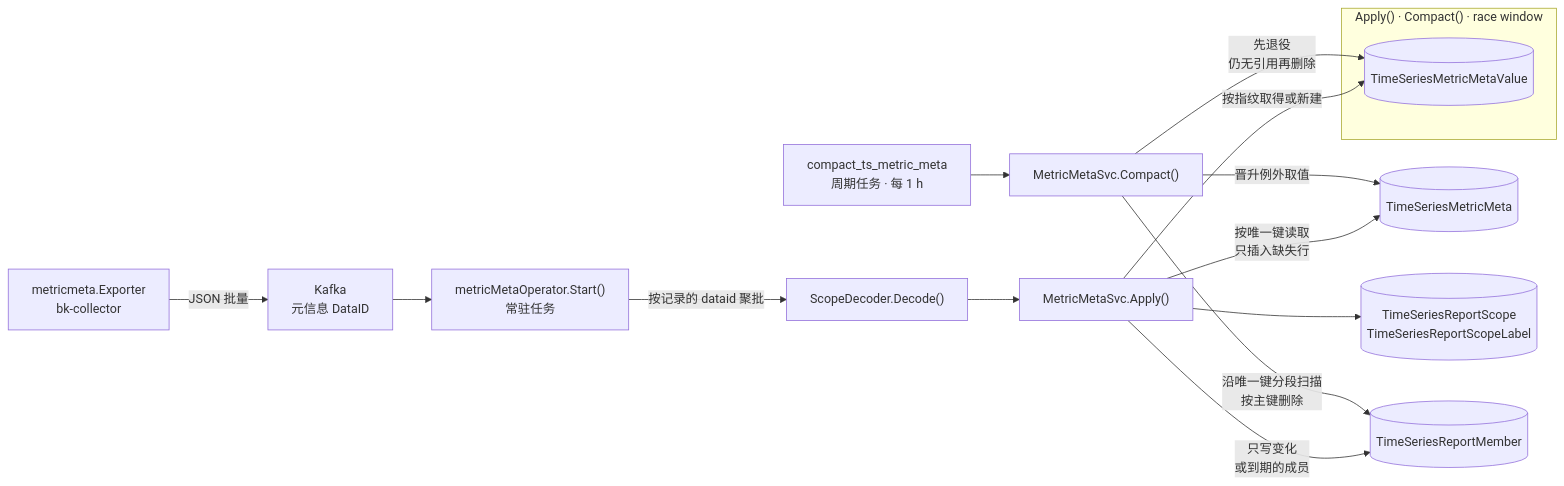
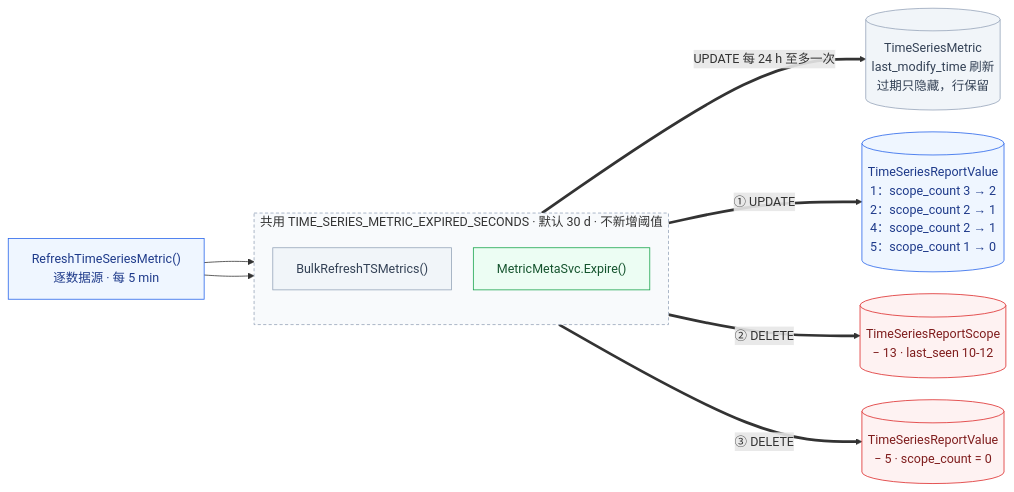
The tenth of 28 diagrams in knowledge/bkmonitor/issues/2026-09-15-custom-metric-metadata/PLAN.md (ZhuoZhuoCrayon/ai-workspace), drawn with Mermaid before and after one commit. The commit also changed other lines of this file and 12 other files, not shown here.

Commit message:
docs(issue): switch custom metric metadata to value dedup plan with final retest

````diff
--- a/knowledge/bkmonitor/issues/2026-09-15-custom-metric-metadata/PLAN.md
+++ b/knowledge/bkmonitor/issues/2026-09-15-custom-metric-metadata/PLAN.md
@@ -533,18 +837,27 @@
 ```mermaid
+%%{init: {"flowchart": {"nodeSpacing": 28, "rankSpacing": 64, "wrappingWidth": 400}}}%%
 flowchart LR
-    Exporter["metricmeta.Exporter<br/>bk-collector"] -->|"JSON 批量"| Topic["Kafka<br/>元信息 DataID"]
-    Topic --> Consume["metricMetaOperator.Start()<br/>常驻任务"]
-    Consume -->|"按记录的 dataid 聚批"| Decode["ScopeDecoder.Decode()"]
-    Decode --> Apply["MetricMetaSvc.Apply()"]
-    Apply -->|"按唯一键读取<br/>只插入缺失行"| Meta[("TimeSeriesMetricMeta")]
-    Apply --> Scope[("TimeSeriesReportScope<br/>TimeSeriesReportScopeLabel")]
-    Apply -->|"只写变化<br/>或到期的成员"| Member[("TimeSeriesReportMember")]
-    Periodic["compact_ts_metric_meta<br/>周期任务 · 每 1 h"] --> Compact["MetricMetaSvc.Compact()"]
-    Compact -->|"沿唯一键分段扫描<br/>按主键删除"| Member
-    Compact -->|"晋升例外取值"| Meta
-    subgraph Race["Apply() · Compact() · race window"]
-        Value[("TimeSeriesMetricMetaValue")]
+    Refresh["RefreshTimeSeriesMetric()<br/>逐数据源 · 每 5 min"]
+    subgraph Expiry["共用 TIME_SERIES_METRIC_EXPIRED_SECONDS · 默认 30 d · 不新增阈值"]
+        direction TB
+        Metrics["BulkRefreshTSMetrics()"]
+        Expire["MetricMetaSvc.Expire()"]
     end
-    Apply -->|"按指纹取得或新建"| Value
-    Compact -->|"先退役<br/>仍无引用再删除"| Value
+    Refresh --> Metrics
+    Refresh --> Expire
+    Metrics ==>|"UPDATE 每 24 h 至多一次"| TSM[("TimeSeriesMetric<br/>last_modify_time 刷新<br/>过期只隐藏，行保留")]
+    Expire ==>|"① UPDATE"| Count[("TimeSeriesReportValue<br/>1：scope_count 3 → 2<br/>2：scope_count 2 → 1<br/>4：scope_count 2 → 1<br/>5：scope_count 1 → 0")]
+    Expire ==>|"② DELETE"| Scope[("TimeSeriesReportScope<br/>− 13 · last_seen 10-12")]
+    Expire ==>|"③ DELETE"| Value[("TimeSeriesReportValue<br/>− 5 · scope_count = 0")]
+
+    classDef add fill:#ecfdf3,stroke:#16a34a,color:#14532d
+    classDef change fill:#eff6ff,stroke:#2563eb,color:#1e3a8a
+    classDef del fill:#fef2f2,stroke:#dc2626,color:#7f1d1d
+    classDef old fill:#f1f5f9,stroke:#94a3b8,color:#334155
+    class Refresh change
+    class Metrics,TSM old
+    class Expire add
+    class Count change
+    class Scope,Value del
+    style Expiry fill:#f8fafc,stroke:#94a3b8,stroke-dasharray:4 3
 ```
````
